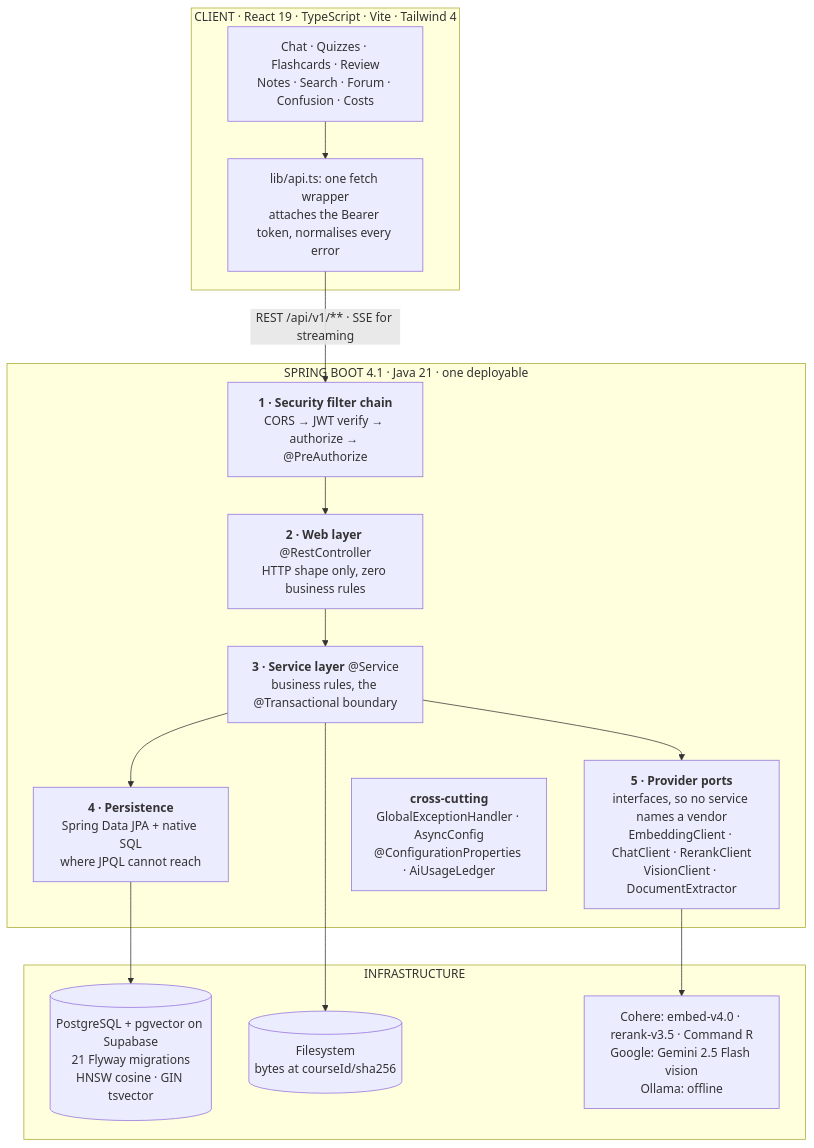
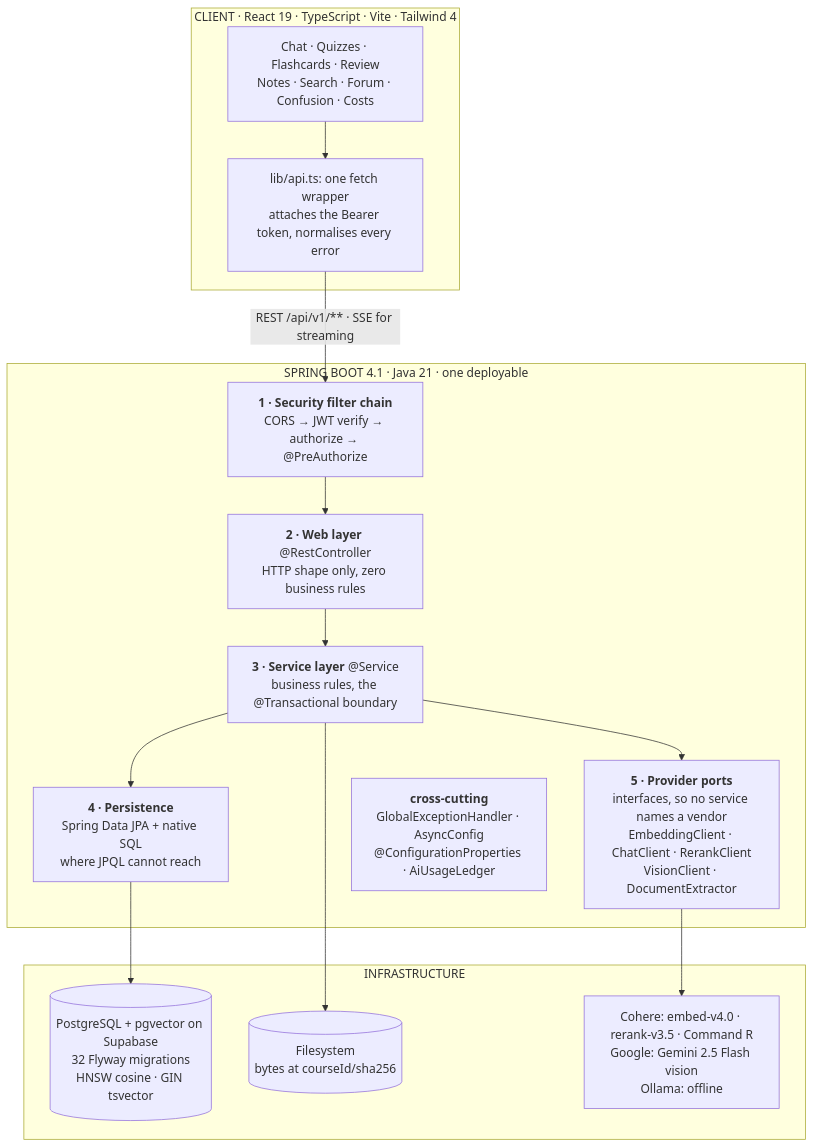
Before and after one commit to human-netizen/STUDYLOOP: the first of 3 diagrams in README.md, drawn with Mermaid. The commit also changed other lines of this file and 40 other files, not shown here.

````diff
--- a/README.md
+++ b/README.md
@@ -411,31 +412,31 @@
 ```mermaid
 graph TB
     subgraph CLIENT["CLIENT · React 19 · TypeScript · Vite · Tailwind 4"]
         UI["Chat · Quizzes · Flashcards · Review<br/>Notes · Search · Forum · Confusion · Costs"]
         LIB["lib/api.ts: one fetch wrapper<br/>attaches the Bearer token, normalises every error"]
         UI --> LIB
     end
 
     subgraph BACK["SPRING BOOT 4.1 · Java 21 · one deployable"]
         SEC["<b>1 · Security filter chain</b><br/>CORS → JWT verify → authorize → @PreAuthorize"]
         WEB["<b>2 · Web layer</b> @RestController<br/>HTTP shape only, zero business rules"]
         SVC["<b>3 · Service layer</b> @Service<br/>business rules, the @Transactional boundary"]
         REPO["<b>4 · Persistence</b><br/>Spring Data JPA + native SQL<br/>where JPQL cannot reach"]
         PORT["<b>5 · Provider ports</b><br/>interfaces, so no service names a vendor<br/>EmbeddingClient · ChatClient · RerankClient<br/>VisionClient · DocumentExtractor"]
         CROSS["<b>cross-cutting</b><br/>GlobalExceptionHandler · AsyncConfig<br/>@ConfigurationProperties · AiUsageLedger"]
         SEC --> WEB --> SVC
         SVC --> REPO
         SVC --> PORT
     end
 
     subgraph INFRA["INFRASTRUCTURE"]
-        PG[("PostgreSQL + pgvector on Supabase<br/>21 Flyway migrations<br/>HNSW cosine · GIN tsvector")]
+        PG[("PostgreSQL + pgvector on Supabase<br/>32 Flyway migrations<br/>HNSW cosine · GIN tsvector")]
         FS[("Filesystem<br/>bytes at courseId/sha256")]
         AI["Cohere: embed-v4.0 · rerank-v3.5 · Command R<br/>Google: Gemini 2.5 Flash vision<br/>Ollama: offline"]
     end
 
     LIB -->|"REST /api/v1/** · SSE for streaming"| SEC
     REPO --> PG
     PORT --> AI
     SVC --> FS
 ```
````
